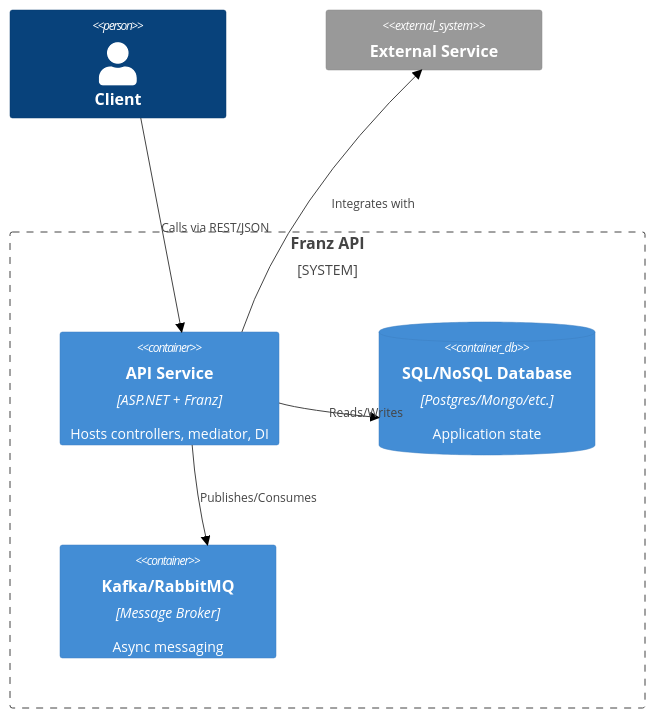
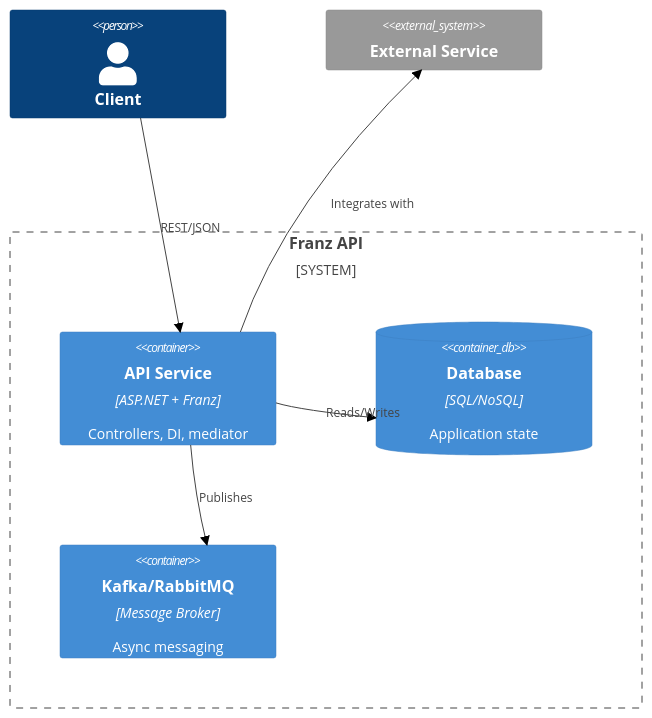
Before and after one commit to bestacio89/Franz: the second of 3 diagrams in README.md, drawn with Mermaid (neutral theme). The commit also changed other lines of this file and 1 other file, not shown here.

First line of the commit message:
[Docs] README Overhaul + New API Template Logo (Franz.API.Template)

````diff
--- a/README.md
+++ b/README.md
@@ -214,16 +308,16 @@
 ```mermaid
 C4Container
     System_Boundary(api, "Franz API") {
-        Container(web, "API Service", "ASP.NET + Franz", "Hosts controllers, mediator, DI")
-        ContainerDb(db, "SQL/NoSQL Database", "Postgres/Mongo/etc.", "Application state")
+        Container(web, "API Service", "ASP.NET + Franz", "Controllers, DI, mediator")
+        ContainerDb(db, "Database", "SQL/NoSQL", "Application state")
         Container(queue, "Kafka/RabbitMQ", "Message Broker", "Async messaging")
     }
 
     Person(user, "Client")
     System_Ext(ext, "External Service")
 
-    Rel(user, web, "Calls via REST/JSON")
+    Rel(user, web, "REST/JSON")
     Rel(web, db, "Reads/Writes")
-    Rel(web, queue, "Publishes/Consumes")
+    Rel(web, queue, "Publishes")
     Rel(web, ext, "Integrates with")
 ```
````
